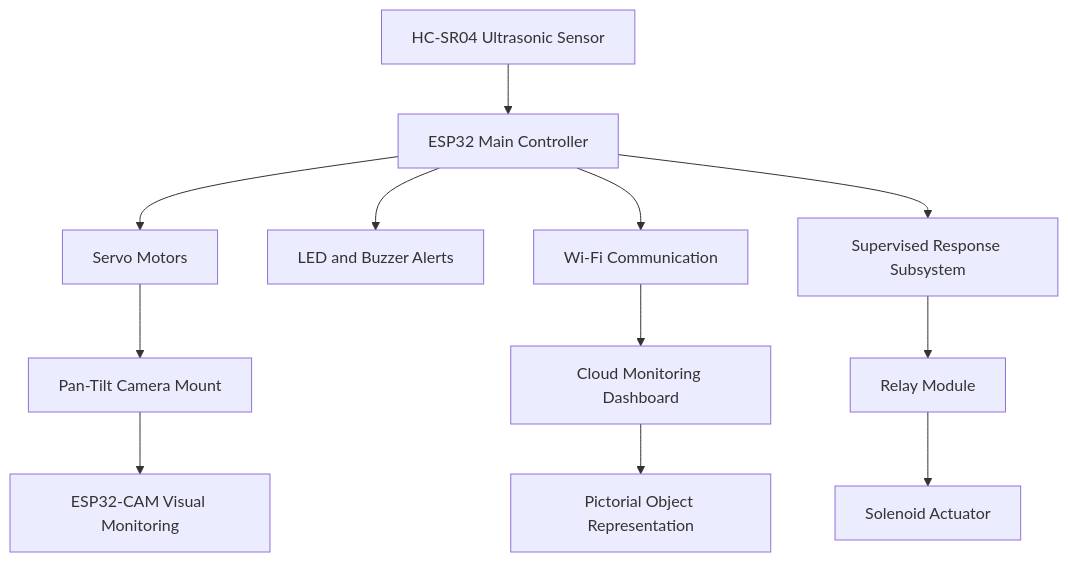
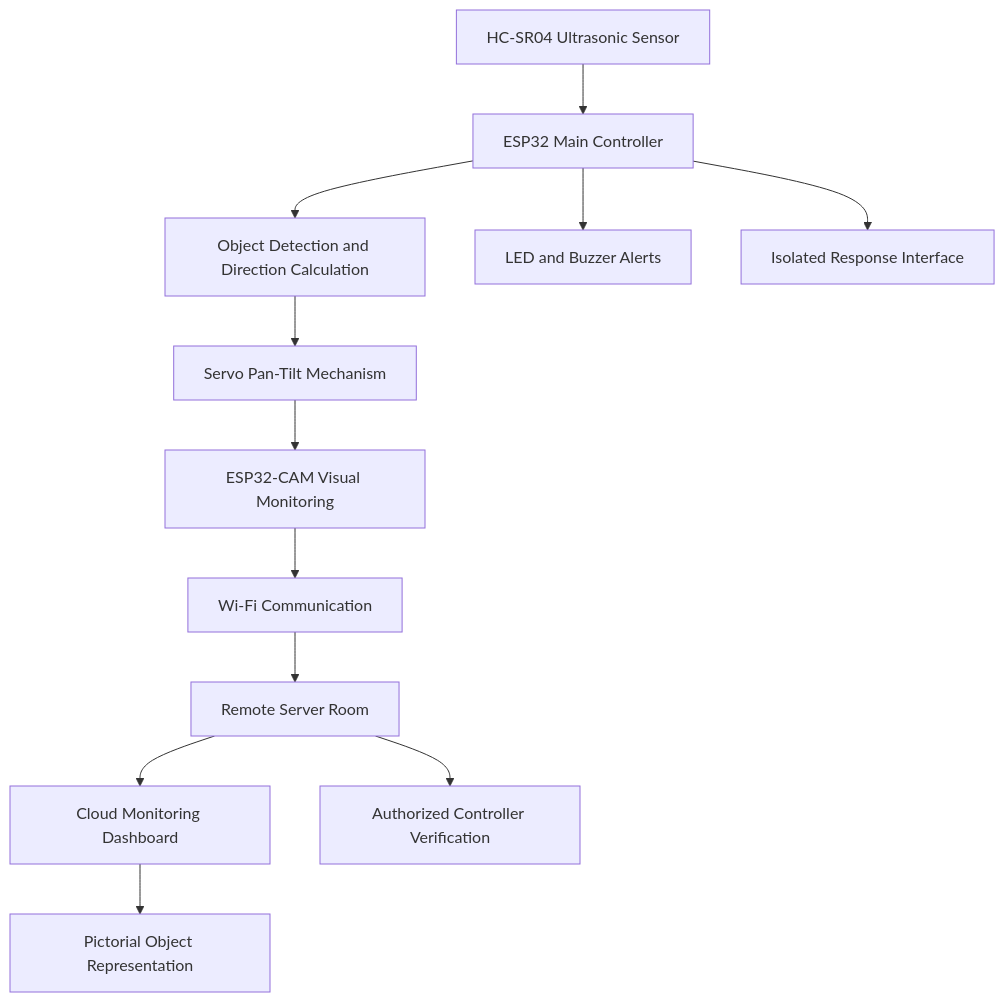
Before and after one commit to Naganurdeepa/iot-radar-surveillance-system: the first of 2 diagrams in README.md, drawn with Mermaid. The commit also changed other lines of this file, not shown here.

````diff
--- a/README.md
+++ b/README.md
@@ -42,14 +44,14 @@
 ```mermaid
 flowchart TD
     A[HC-SR04 Ultrasonic Sensor] --> B[ESP32 Main Controller]
-    B --> C[Servo Motors]
-    C --> D[Pan-Tilt Camera Mount]
+    B --> C[Object Detection and Direction Calculation]
+    C --> D[Servo Pan-Tilt Mechanism]
     D --> E[ESP32-CAM Visual Monitoring]
-    B --> F[LED and Buzzer Alerts]
-    B --> G[Wi-Fi Communication]
+    E --> F[Wi-Fi Communication]
+    F --> G[Remote Server Room]
     G --> H[Cloud Monitoring Dashboard]
     H --> I[Pictorial Object Representation]
-    B --> J[Supervised Response Subsystem]
-    J --> K[Relay Module]
-    K --> L[Solenoid Actuator]
+    G --> J[Authorized Controller Verification]
+    B --> K[LED and Buzzer Alerts]
+    B --> L[Isolated Response Interface]
 ```
````
